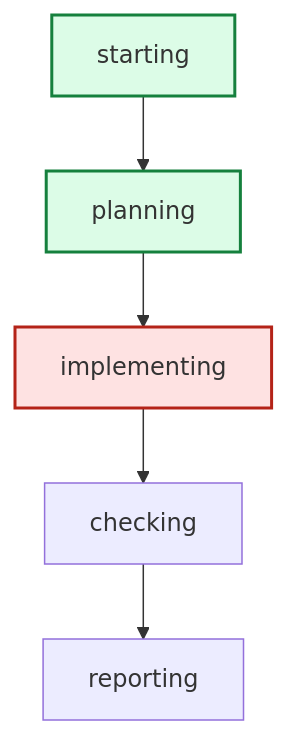
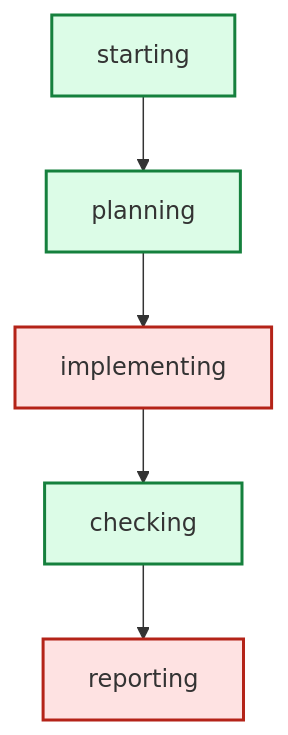
Before and after one commit to daniell0gda/hermes-feature-check-dashboard: the diagram in runs/issue-suite-red-cleanup-r1/graph.mmd, drawn with Mermaid. The commit also changed 7 other files, not shown here.

```diff
--- a/runs/issue-suite-red-cleanup-r1/graph.mmd
+++ b/runs/issue-suite-red-cleanup-r1/graph.mmd
@@ -1,12 +1,14 @@
 graph TD
     starting --> planning
     planning --> implementing
     implementing --> checking
     checking --> reporting
 
 classDef done fill:#dcfce7,stroke:#15803d,stroke-width:2px;
 classDef active fill:#dbeafe,stroke:#2563eb,stroke-width:3px;
 classDef failed fill:#fee2e2,stroke:#b42318,stroke-width:2px;
 class planning done;
 class implementing failed;
 class starting done;
+class reporting failed;
+class checking done;
```
